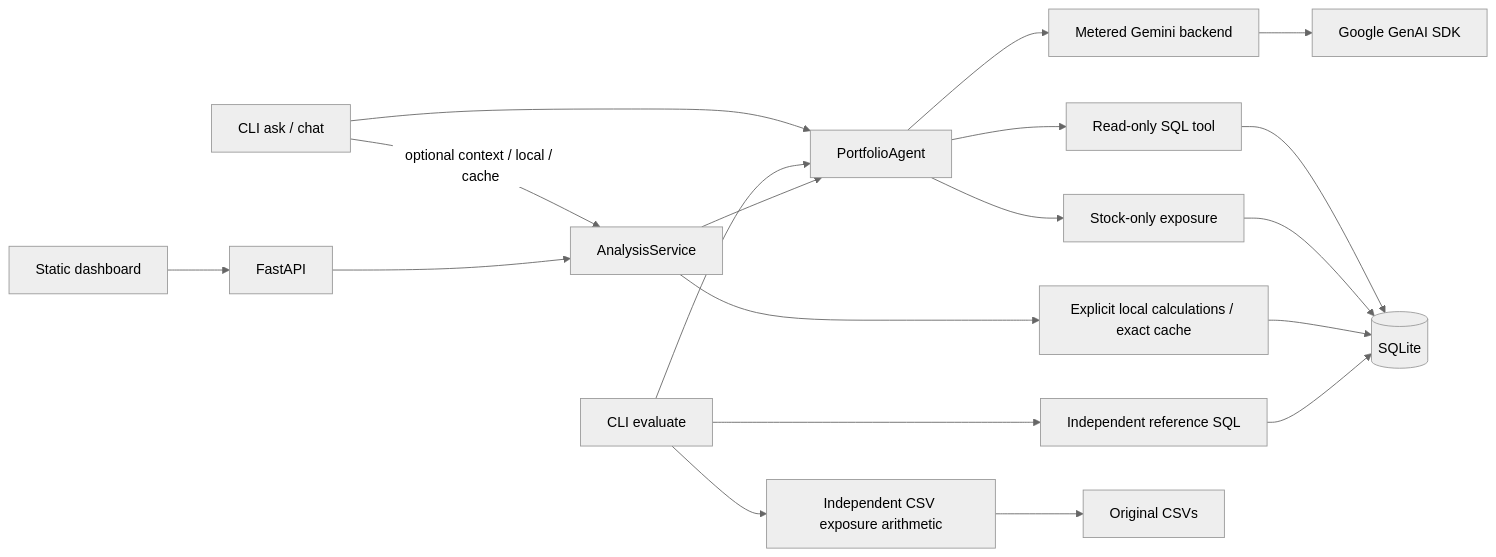
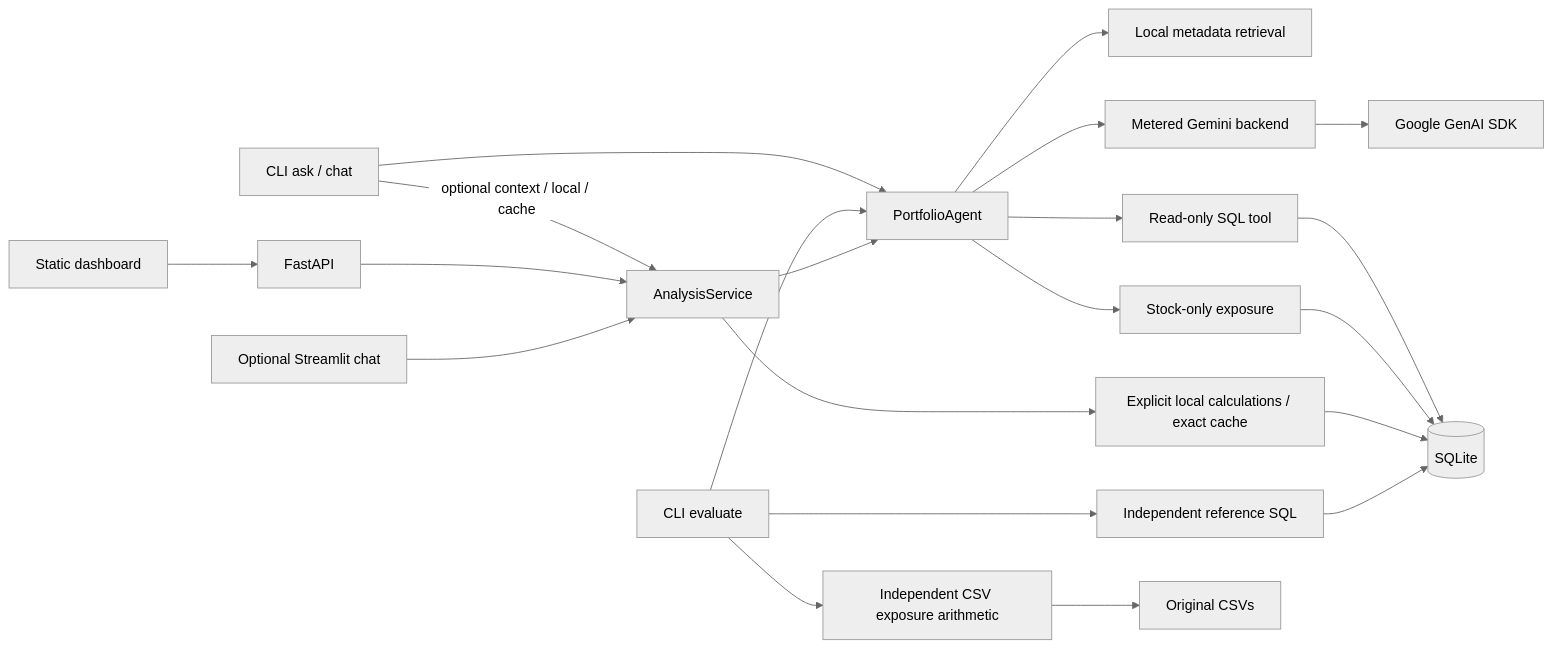
Before and after one commit to Shaunakrane914/PortiQ: the diagram in docs/ARCHITECTURE.md, drawn with Mermaid (neutral theme). The commit also changed other lines of this file and 19 other files, not shown here.

````diff
--- a/docs/ARCHITECTURE.md
+++ b/docs/ARCHITECTURE.md
@@ -20,15 +22,17 @@
 ```mermaid
 flowchart LR
   CLI[CLI ask / chat] --> Agent[PortfolioAgent]
   CLI -->|optional context / local / cache| Service[AnalysisService]
   Eval[CLI evaluate] --> Agent
   UI[Static dashboard] --> API[FastAPI] --> Service
+  Streamlit[Optional Streamlit chat] --> Service
+  Agent --> Metadata[Local metadata retrieval]
   Service --> Agent
   Service --> Local[Explicit local calculations / exact cache]
   Agent --> Backend[Metered Gemini backend] --> Gemini[Google GenAI SDK]
   Agent --> SQL[Read-only SQL tool] --> DB[(SQLite)]
   Agent --> Exposure[Stock-only exposure] --> DB
   Local --> DB
   Eval --> RefSQL[Independent reference SQL] --> DB
   Eval --> RefExposure[Independent CSV exposure arithmetic] --> CSV[Original CSVs]
 ```
````
